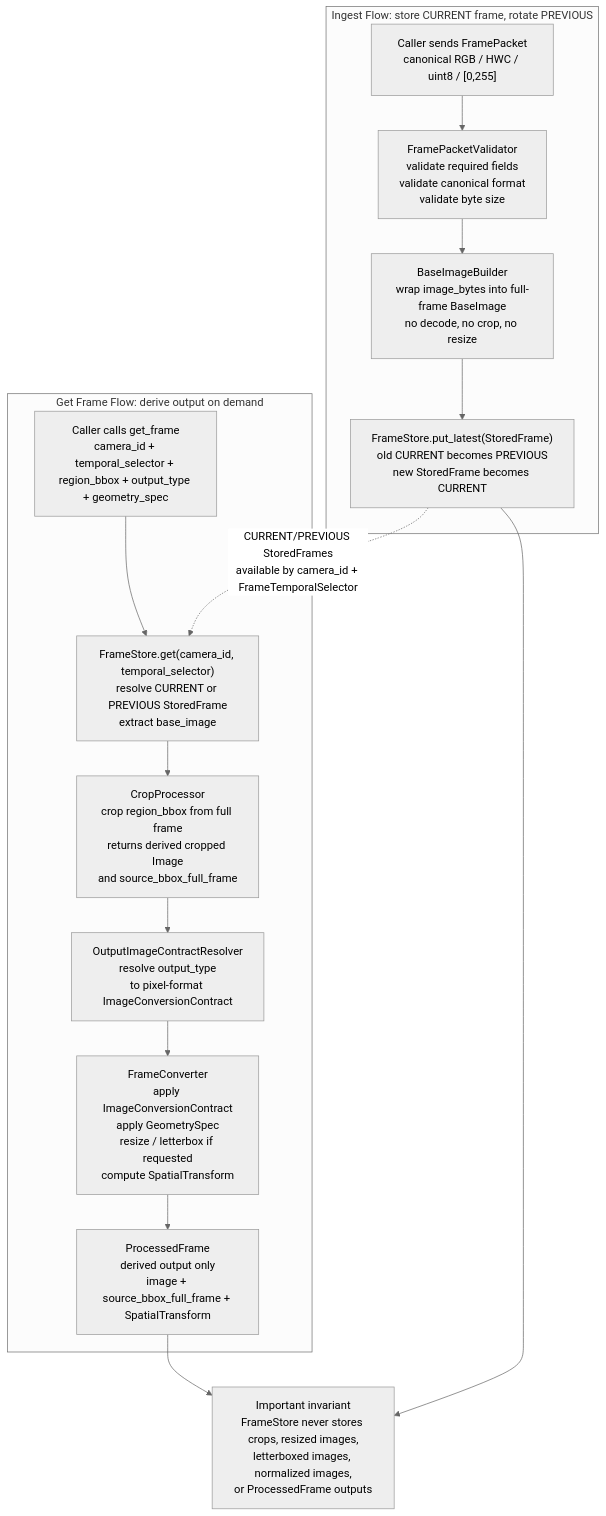
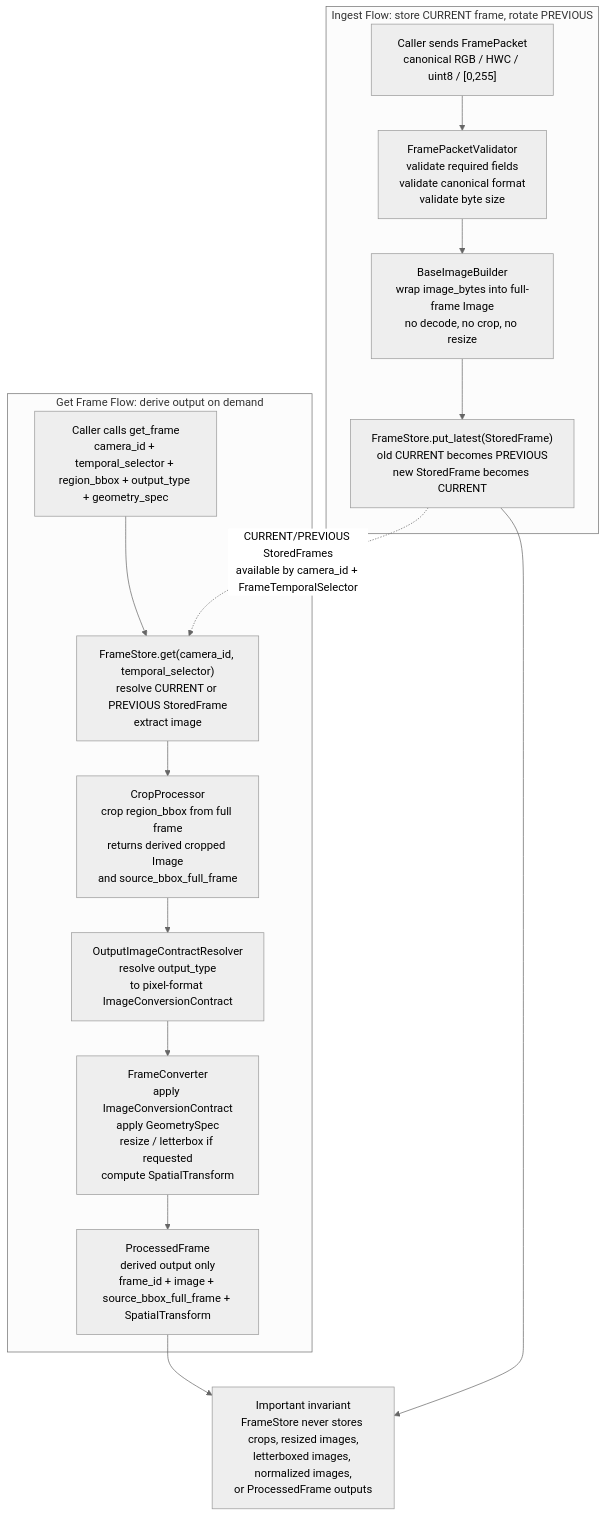
The fourth of 4 diagrams in doc/image_processing_service/frame_transformation_layer.md (talifruman/camera-recognition), drawn with Mermaid (neutral theme) before and after one commit. The commit also changed other lines of this file and 203 other files, not shown here.

````diff
--- a/doc/image_processing_service/frame_transformation_layer.md
+++ b/doc/image_processing_service/frame_transformation_layer.md
@@ -961,47 +954,47 @@
 ```mermaid
 flowchart TD
   %% =========================
   %% INGEST FLOW
   %% =========================
 
   subgraph Ingest_Flow["Ingest Flow: store CURRENT frame, rotate PREVIOUS"]
     A["Caller sends FramePacket<br/>canonical RGB / HWC / uint8 / [0,255]"]
     B["FramePacketValidator<br/>validate required fields<br/>validate canonical format<br/>validate byte size"]
-    C["BaseImageBuilder<br/>wrap image_bytes into full-frame BaseImage<br/>no decode, no crop, no resize"]
+    C["BaseImageBuilder<br/>wrap image_bytes into full-frame Image<br/>no decode, no crop, no resize"]
     D["FrameStore.put_latest(StoredFrame)<br/>old CURRENT becomes PREVIOUS<br/>new StoredFrame becomes CURRENT"]
 
     A --> B
     B --> C
     C --> D
   end
 
   %% =========================
   %% GET FRAME FLOW
   %% =========================
 
   subgraph Get_Frame_Flow["Get Frame Flow: derive output on demand"]
     E["Caller calls get_frame<br/>camera_id + temporal_selector + region_bbox + output_type + geometry_spec"]
-    F["FrameStore.get(camera_id, temporal_selector)<br/>resolve CURRENT or PREVIOUS StoredFrame<br/>extract base_image"]
+    F["FrameStore.get(camera_id, temporal_selector)<br/>resolve CURRENT or PREVIOUS StoredFrame<br/>extract image"]
     G["CropProcessor<br/>crop region_bbox from full frame<br/>returns derived cropped Image<br/>and source_bbox_full_frame"]
     H["OutputImageContractResolver<br/>resolve output_type<br/>to pixel-format ImageConversionContract"]
     I["FrameConverter<br/>apply ImageConversionContract<br/>apply GeometrySpec<br/>resize / letterbox if requested<br/>compute SpatialTransform"]
-    J["ProcessedFrame<br/>derived output only<br/>image + source_bbox_full_frame + SpatialTransform"]
+    J["ProcessedFrame<br/>derived output only<br/>frame_id + image + source_bbox_full_frame + SpatialTransform"]
 
     E --> F
     F --> G
     G --> H
     H --> I
     I --> J
   end
 
   D -. "CURRENT/PREVIOUS StoredFrames<br/>available by camera_id + FrameTemporalSelector" .-> F
 
   %% =========================
   %% NON-STORAGE GUARANTEE
   %% =========================
 
   K["Important invariant<br/>FrameStore never stores crops, resized images,<br/>letterboxed images, normalized images,<br/>or ProcessedFrame outputs"]
 
   D --> K
   J --> K
 ```
````
